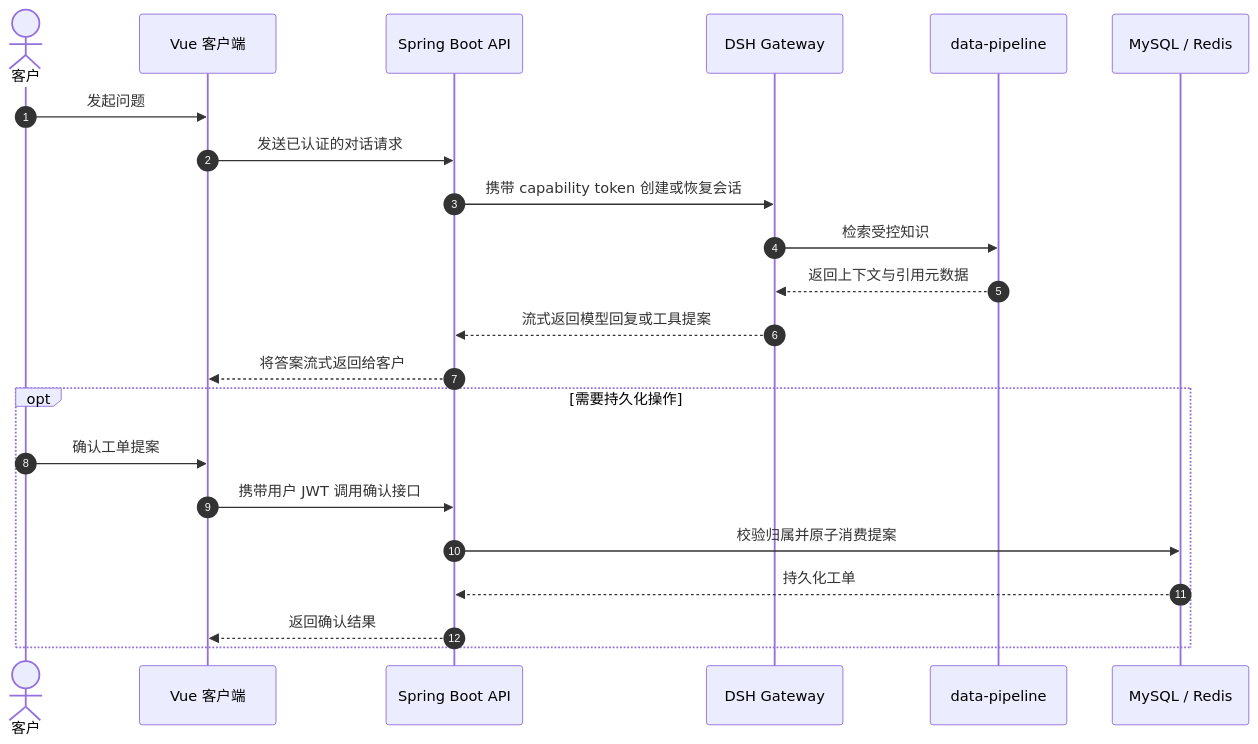
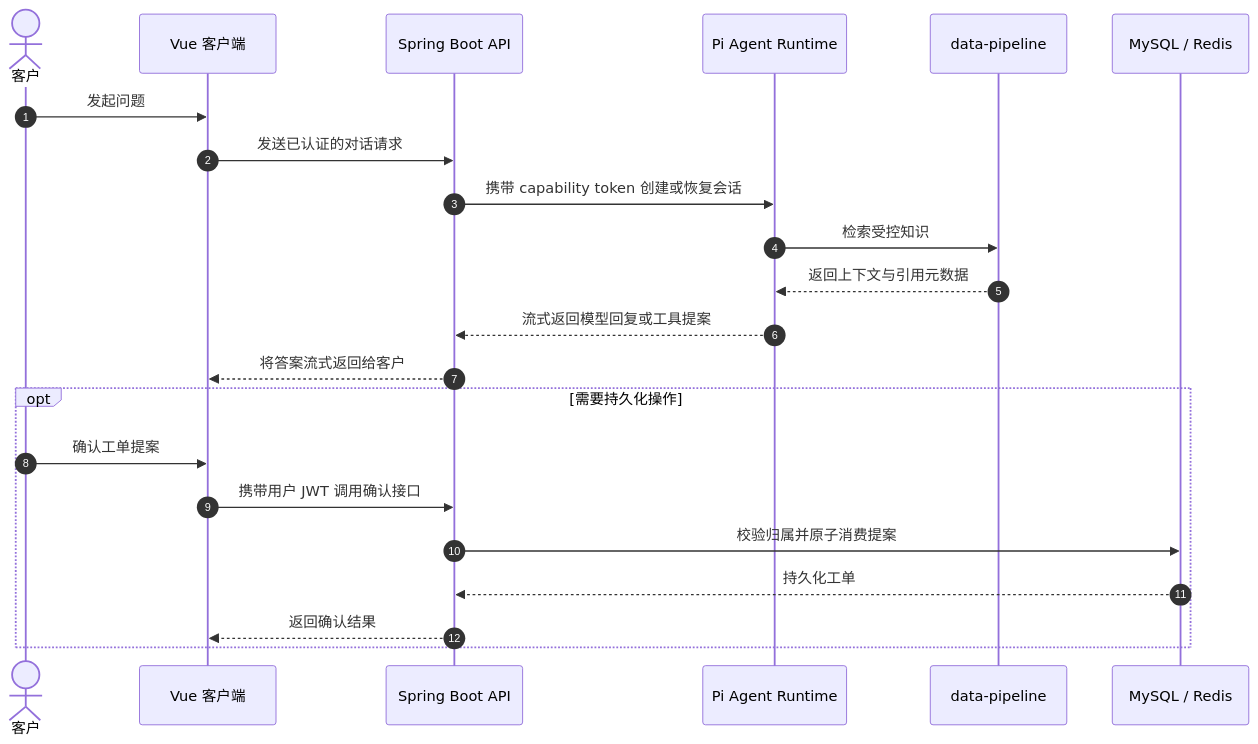
The second of 2 diagrams in README-CN.md (Me10dy66666666/ai_customer_service), drawn with Mermaid before and after one commit. The commit also changed other lines of this file and 7968 other files, not shown here.

Commit message:
chore: standardize agent runtime on Pi

````diff
--- a/README-CN.md
+++ b/README-CN.md
@@ -92,26 +92,26 @@
 ```mermaid
 sequenceDiagram
   autonumber
   actor Customer as 客户
   participant Web as Vue 客户端
   participant API as Spring Boot API
-  participant DSH as DSH Gateway
+  participant PI as Pi Agent Runtime
   participant RAG as data-pipeline
   participant DB as MySQL / Redis
 
   Customer->>Web: 发起问题
   Web->>API: 发送已认证的对话请求
-  API->>DSH: 携带 capability token 创建或恢复会话
-  DSH->>RAG: 检索受控知识
-  RAG-->>DSH: 返回上下文与引用元数据
-  DSH-->>API: 流式返回模型回复或工具提案
+  API->>PI: 携带 capability token 创建或恢复会话
+  PI->>RAG: 检索受控知识
+  RAG-->>PI: 返回上下文与引用元数据
+  PI-->>API: 流式返回模型回复或工具提案
   API-->>Web: 将答案流式返回给客户
 
   opt 需要持久化操作
     Customer->>Web: 确认工单提案
     Web->>API: 携带用户 JWT 调用确认接口
     API->>DB: 校验归属并原子消费提案
     DB-->>API: 持久化工单
     API-->>Web: 返回确认结果
   end
 ```
````
